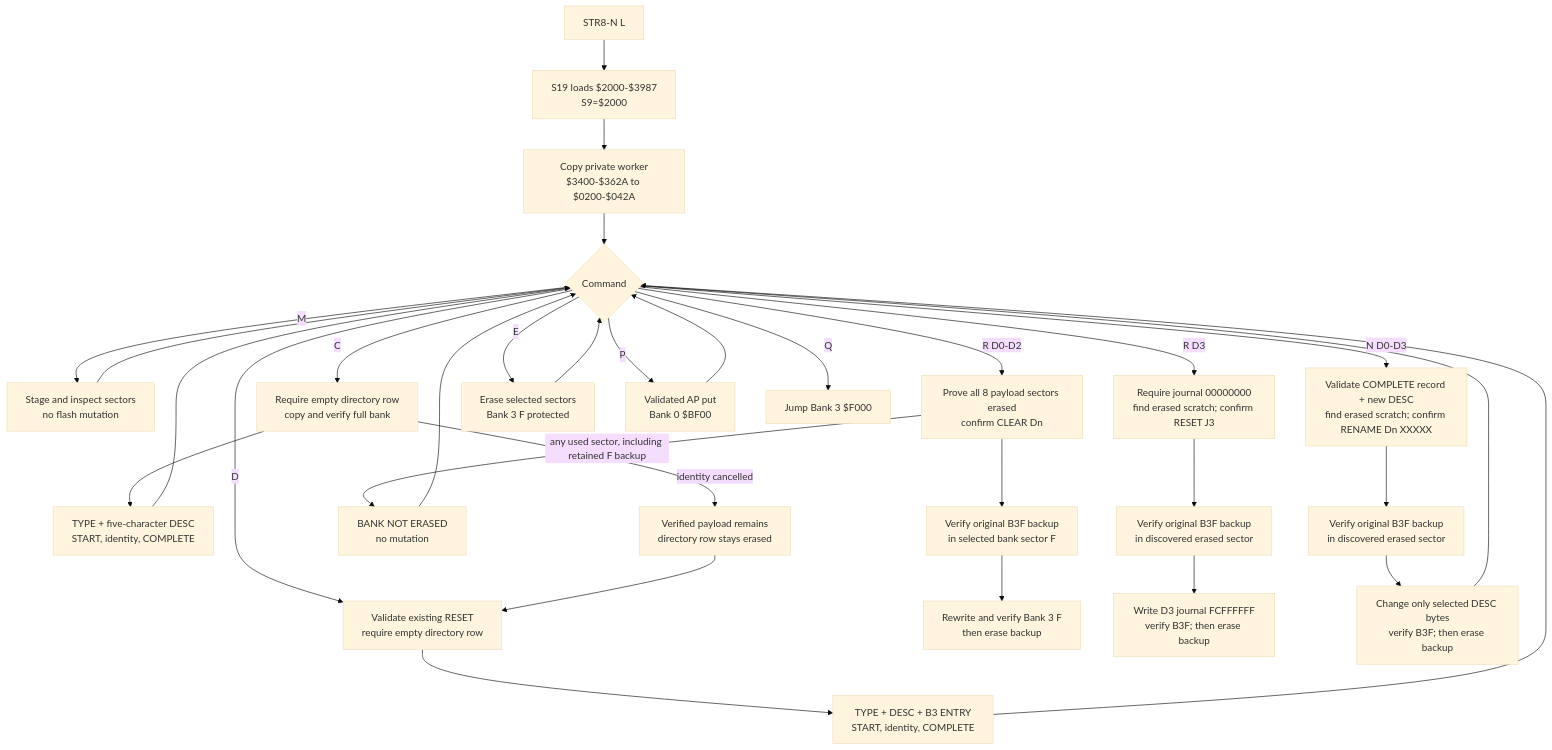
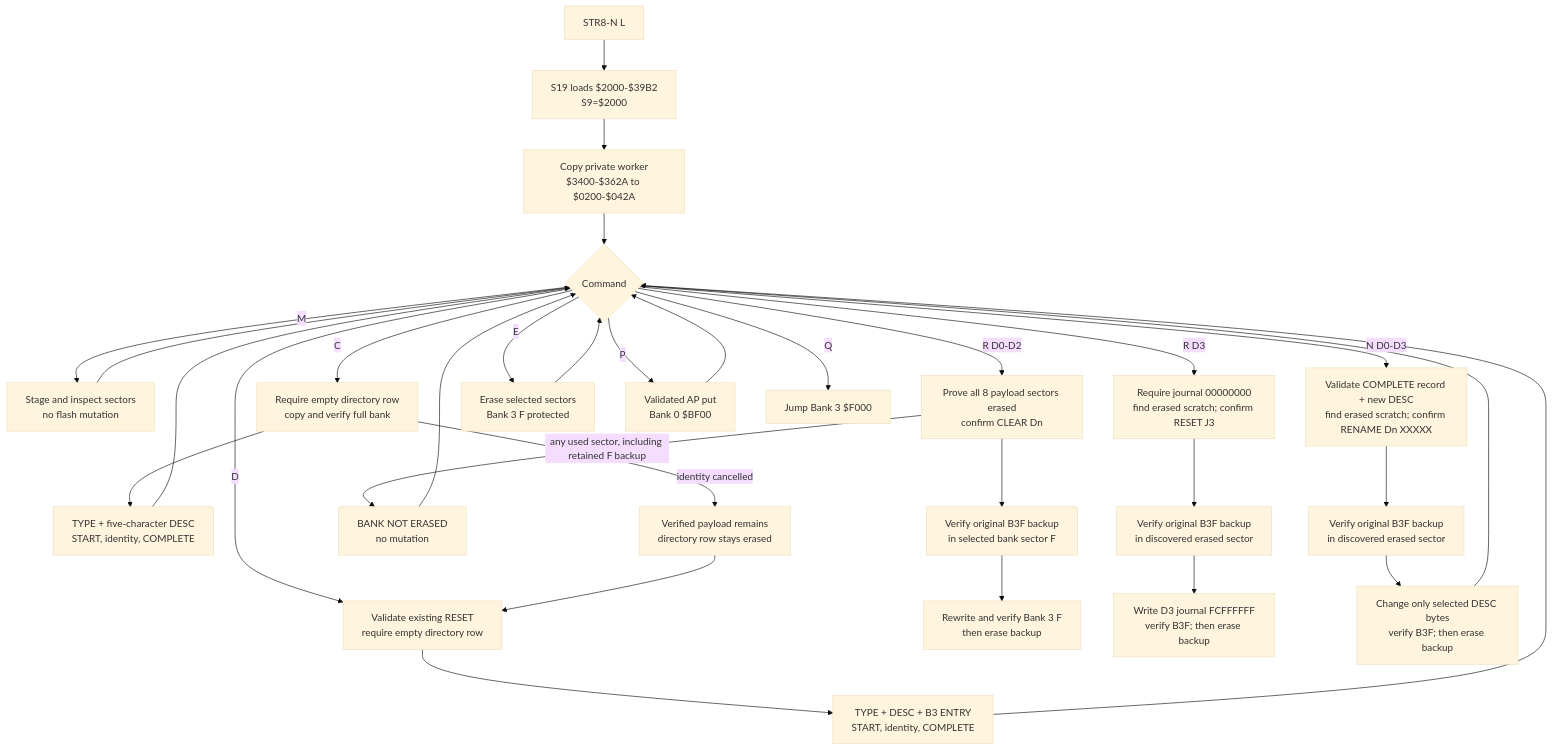
Diagram 11 of 14 in docs/MAPS.md (95westus/STR8-N), drawn with Mermaid (base theme) before and after one commit. The commit also changed other lines of this file and 5 other files, not shown here.

````diff
--- a/docs/MAPS.md
+++ b/docs/MAPS.md
@@ -307,33 +332,33 @@
 ```mermaid
 flowchart TD
-    L[STR8-N L] --> S[S19 loads $2000-$3987<br/>S9=$2000]
+    L[STR8-N L] --> S[S19 loads $2000-$39B2<br/>S9=$2000]
     S --> B[Copy private worker<br/>$3400-$362A to $0200-$042A]
     B --> M{Command}
     M -->|M| MAP[Stage and inspect sectors<br/>no flash mutation]
     M -->|C| COPY[Require empty directory row<br/>copy and verify full bank]
     COPY --> ID[TYPE + five-character DESC<br/>START, identity, COMPLETE]
     COPY -->|identity cancelled| PAYLOAD[Verified payload remains<br/>directory row stays erased]
     M -->|D| ADOPT[Validate existing RESET<br/>require empty directory row]
     PAYLOAD --> ADOPT
     ADOPT --> ID2[TYPE + DESC + B3 ENTRY<br/>START, identity, COMPLETE]
     M -->|R D0-D2| RECLAIM[Prove all 8 payload sectors erased<br/>confirm CLEAR Dn]
     RECLAIM -->|any used sector, including retained F backup| REFUSE[BANK NOT ERASED<br/>no mutation]
     M -->|R D3| COMPACT[Require journal 00000000<br/>find erased scratch; confirm RESET J3]
     M -->|N D0-D3| RENAME[Validate COMPLETE record + new DESC<br/>find erased scratch; confirm RENAME Dn XXXXX]
     RECLAIM --> BACKUP[Verify original B3F backup<br/>in selected bank sector F]
     COMPACT --> BACKUP2[Verify original B3F backup<br/>in discovered erased sector]
     RENAME --> BACKUP3[Verify original B3F backup<br/>in discovered erased sector]
     BACKUP --> TOP[Rewrite and verify Bank 3 F<br/>then erase backup]
     BACKUP2 --> TOP2[Write D3 journal FCFFFFFF<br/>verify B3F; then erase backup]
     BACKUP3 --> TOP3[Change only selected DESC bytes<br/>verify B3F; then erase backup]
     M -->|E| ERASE[Erase selected sectors<br/>Bank 3 F protected]
     M -->|P| AP[Validated AP put<br/>Bank 0 $BF00]
     M -->|Q| Q[Jump Bank 3 $F000]
     MAP --> M
     ID --> M
     ID2 --> M
     REFUSE --> M
     TOP3 --> M
     ERASE --> M
     AP --> M
 ```
````
